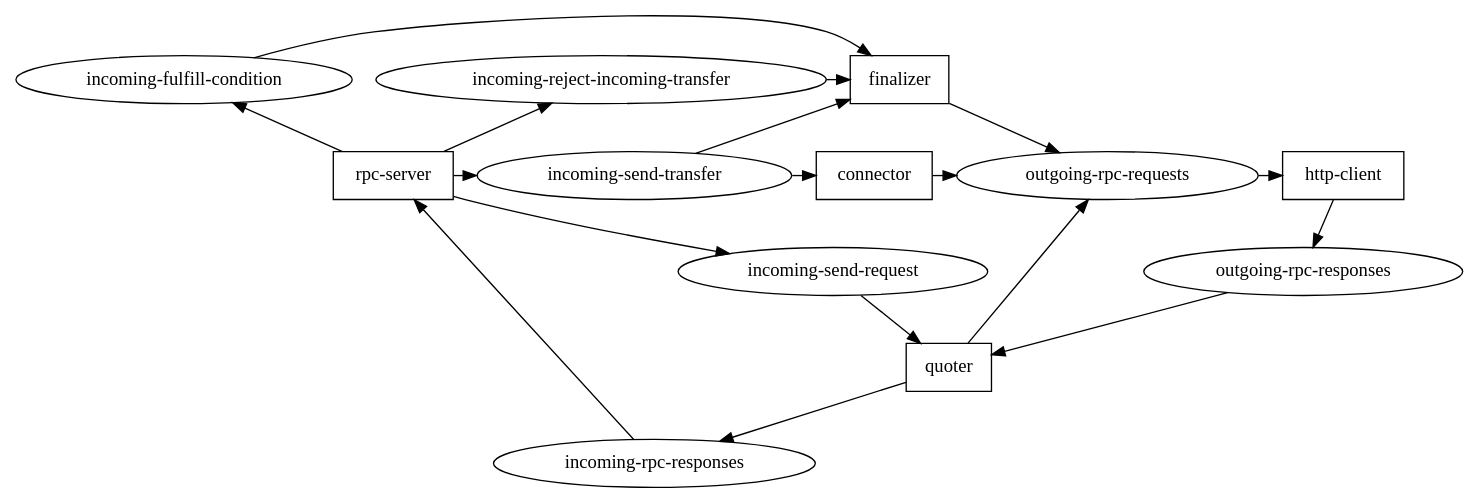
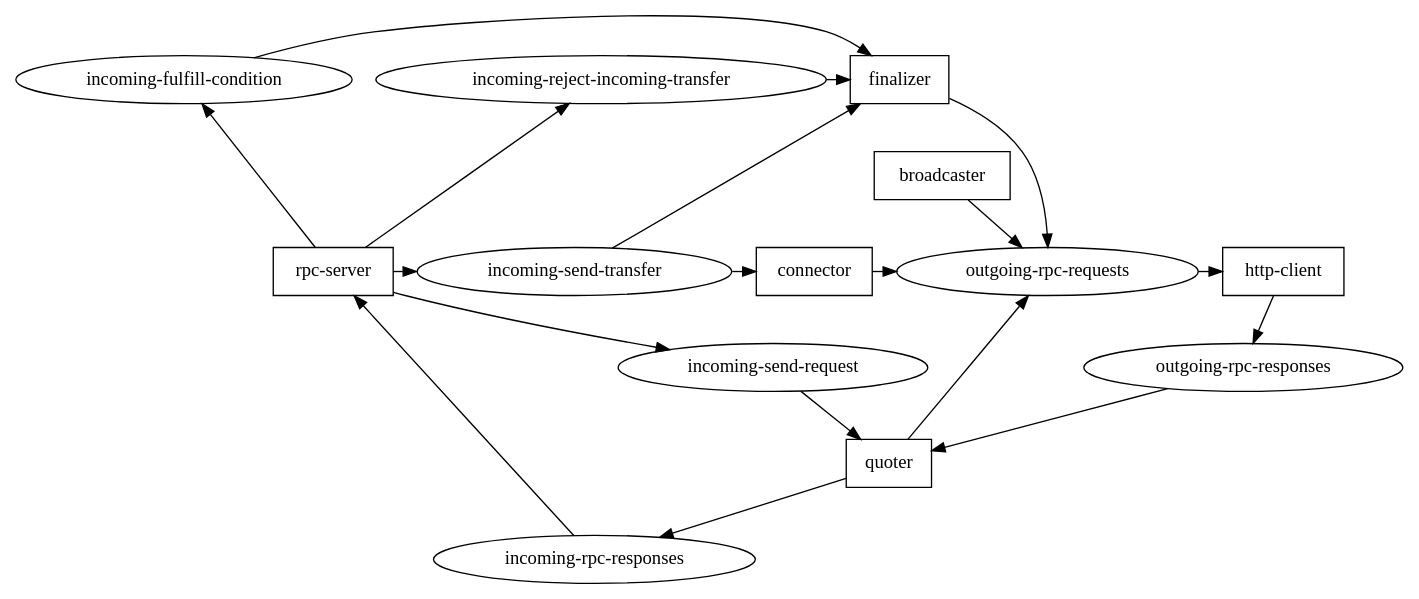
Before and after one commit to sharafian/the-metamorphosis: the diagram in assets/streams.dot, drawn with Graphviz. The commit also changed 8 other files, not shown here.

```diff
--- a/assets/streams.dot
+++ b/assets/streams.dot
@@ -1,24 +1,26 @@
 digraph streams {
   subgraph components {
     node [ shape = box ];
     "rpc-server"
     "connector"
     "http-client"
     "finalizer"
     "quoter"
+    "broadcaster"
   }
 
   "rpc-server" -> "incoming-send-transfer" -> "connector";
   "rpc-server" -> "incoming-send-request" -> "quoter";
   "rpc-server" -> "incoming-fulfill-condition" -> "finalizer";
   "rpc-server" -> "incoming-reject-incoming-transfer" -> "finalizer";
   "incoming-rpc-responses" -> "rpc-server";
   "incoming-send-transfer" -> "finalizer";
   "connector" -> "outgoing-rpc-requests" -> "http-client";
   "quoter" -> "outgoing-rpc-requests";
   "http-client" -> "outgoing-rpc-responses" -> "quoter" -> "incoming-rpc-responses";
   "finalizer" -> "outgoing-rpc-requests";
+  "broadcaster" -> "outgoing-rpc-requests";
 
   { rank = same; "rpc-server" "incoming-send-transfer" "connector" "outgoing-rpc-requests" "http-client" }
   { rank = source; "finalizer" "incoming-fulfill-condition" "incoming-reject-incoming-transfer" }
 }
```
